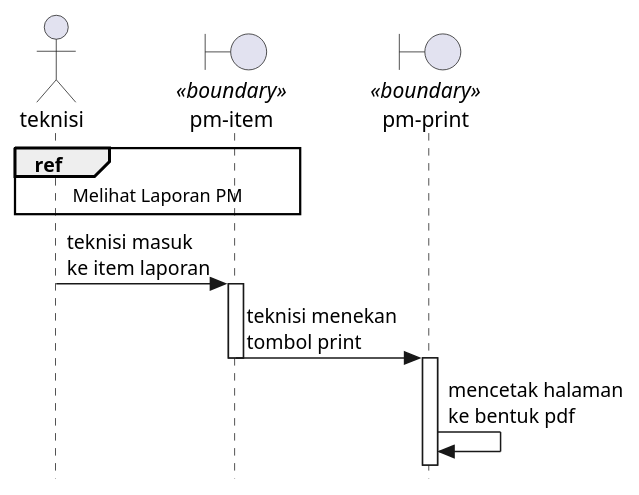
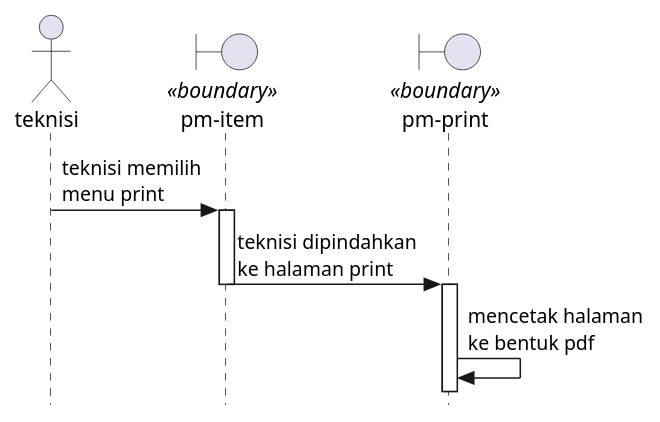
Before and after one commit to KPL-slur/eec-sifse-fixed: the first of 2 diagrams in Docs/diagrams/sequence/print.plantuml, drawn with PlantUML. The commit also changed other lines of this file and 19 other files, not shown here.

```diff
--- a/Docs/diagrams/sequence/print.plantuml
+++ b/Docs/diagrams/sequence/print.plantuml
@@ -1,18 +1,16 @@
 @startuml printPM 
 
 skinparam style strictuml
 
 actor teknisi
 boundary "pm-item" as item <<boundary>>
 boundary "pm-print" as print <<boundary>>
 
-ref over teknisi, item : Melihat Laporan PM
-
-teknisi -> item : teknisi masuk\nke item laporan
+teknisi -> item : teknisi memilih\nmenu print
     activate item
-item -> print : teknisi menekan\ntombol print
+item -> print : teknisi dipindahkan\nke halaman print
     deactivate item
     activate print
 print -> print : mencetak halaman\nke bentuk pdf
 
 @enduml
```
